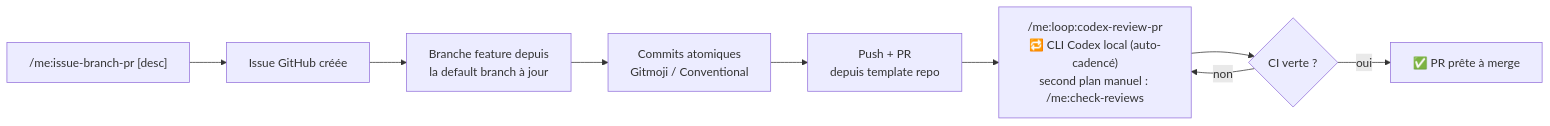
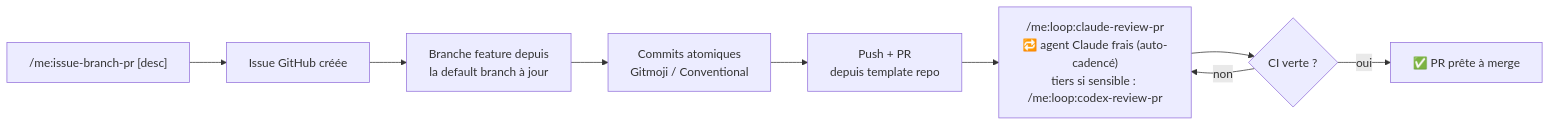
The second of 8 diagrams in dot_claude/WORKFLOW.md (kbrdn1/dotfiles), drawn with Mermaid before and after one commit. The commit also changed other lines of this file and 20 other files, not shown here.

````diff
--- a/dot_claude/WORKFLOW.md
+++ b/dot_claude/WORKFLOW.md
@@ -160,11 +163,11 @@
 ```mermaid
 flowchart LR
     A["/me:issue-branch-pr [desc]"] --> B[Issue GitHub créée]
     B --> C[Branche feature depuis<br/>la default branch à jour]
     C --> D[Commits atomiques<br/>Gitmoji / Conventional]
     D --> E[Push + PR<br/>depuis template repo]
-    E --> G["/me:loop:codex-review-pr<br/>🔁 CLI Codex local (auto-cadencé)<br/>second plan manuel : /me:check-reviews"]
+    E --> G["/me:loop:claude-review-pr<br/>🔁 agent Claude frais (auto-cadencé)<br/>tiers si sensible : /me:loop:codex-review-pr"]
     G --> H{CI verte ?}
     H -->|non| G
     H -->|oui| I[✅ PR prête à merge]
 ```
````
